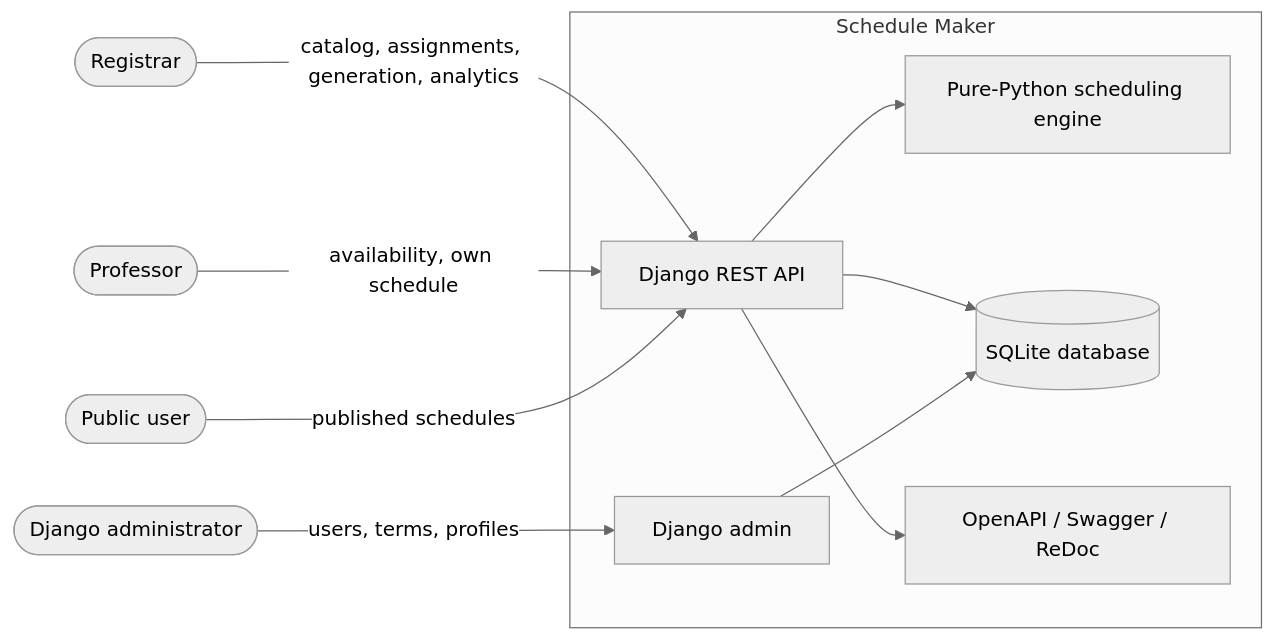
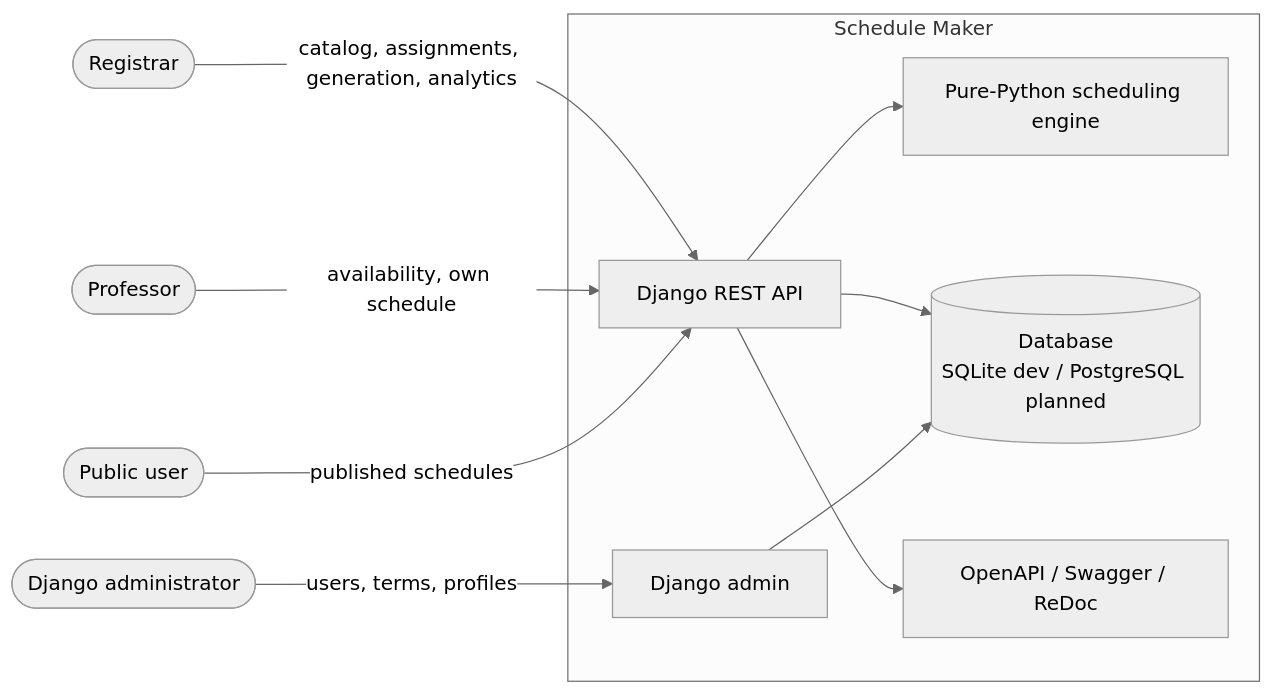
One commit to rkenbperez/Schedule-System changed the first of 4 diagrams in docs/architecture.md. Above: the diagram before and after it, drawn with Mermaid (neutral theme). The commit also changed other lines of this file and 18 other files, not shown here.

````diff
--- a/docs/architecture.md
+++ b/docs/architecture.md
@@ -11,24 +11,24 @@
 ```mermaid
 flowchart LR
     Registrar([Registrar])
     Professor([Professor])
     Public([Public user])
     Admin([Django administrator])
 
     subgraph Scheduler["Schedule Maker"]
         API["Django REST API"]
         DjangoAdmin["Django admin"]
         Engine["Pure-Python scheduling engine"]
-        DB[("SQLite database")]
+        DB[("Database<br/>SQLite dev / PostgreSQL planned")]
         Schema["OpenAPI / Swagger / ReDoc"]
     end
 
     Registrar -->|"catalog, assignments, generation, analytics"| API
     Professor -->|"availability, own schedule"| API
     Public -->|"published schedules"| API
     Admin -->|"users, terms, profiles"| DjangoAdmin
     API --> Engine
     API --> DB
     DjangoAdmin --> DB
     API --> Schema
 ```
````
